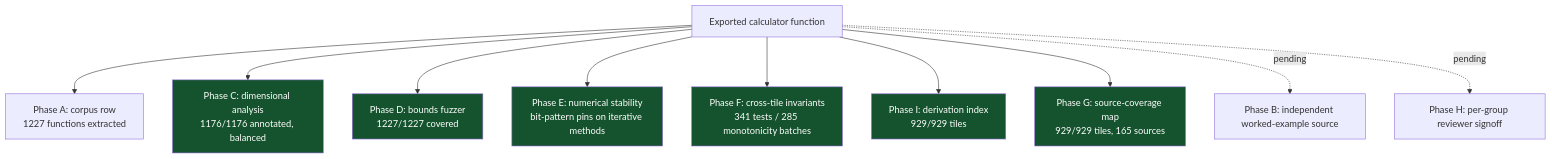
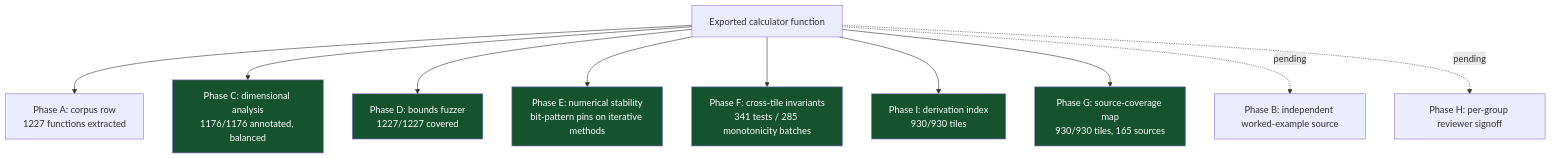
One commit to clay-good/roughlogic.com changed the sixth of 8 diagrams in README.md. Above: the diagram before and after it, drawn with Mermaid. The commit also changed other lines of this file and 17 other files, not shown here.

````diff
--- a/README.md
+++ b/README.md
@@ -519,18 +519,18 @@
 ```mermaid
 flowchart TB
     F[Exported calculator function] --> A[Phase A: corpus row\n1227 functions extracted]
     F --> C[Phase C: dimensional analysis\n1176/1176 annotated, balanced]
     F --> D[Phase D: bounds fuzzer\n1227/1227 covered]
     F --> E[Phase E: numerical stability\nbit-pattern pins on iterative methods]
     F --> Fa[Phase F: cross-tile invariants\n341 tests / 285 monotonicity batches]
-    F --> I[Phase I: derivation index\n929/929 tiles]
-    F --> G[Phase G: source-coverage map\n929/929 tiles, 165 sources]
+    F --> I[Phase I: derivation index\n930/930 tiles]
+    F --> G[Phase G: source-coverage map\n930/930 tiles, 165 sources]
     F -.pending.-> B[Phase B: independent worked-example source]
     F -.pending.-> H[Phase H: per-group reviewer signoff]
     style C fill:#14532d,color:#fff
     style D fill:#14532d,color:#fff
     style E fill:#14532d,color:#fff
     style Fa fill:#14532d,color:#fff
     style G fill:#14532d,color:#fff
     style I fill:#14532d,color:#fff
 ```
````
